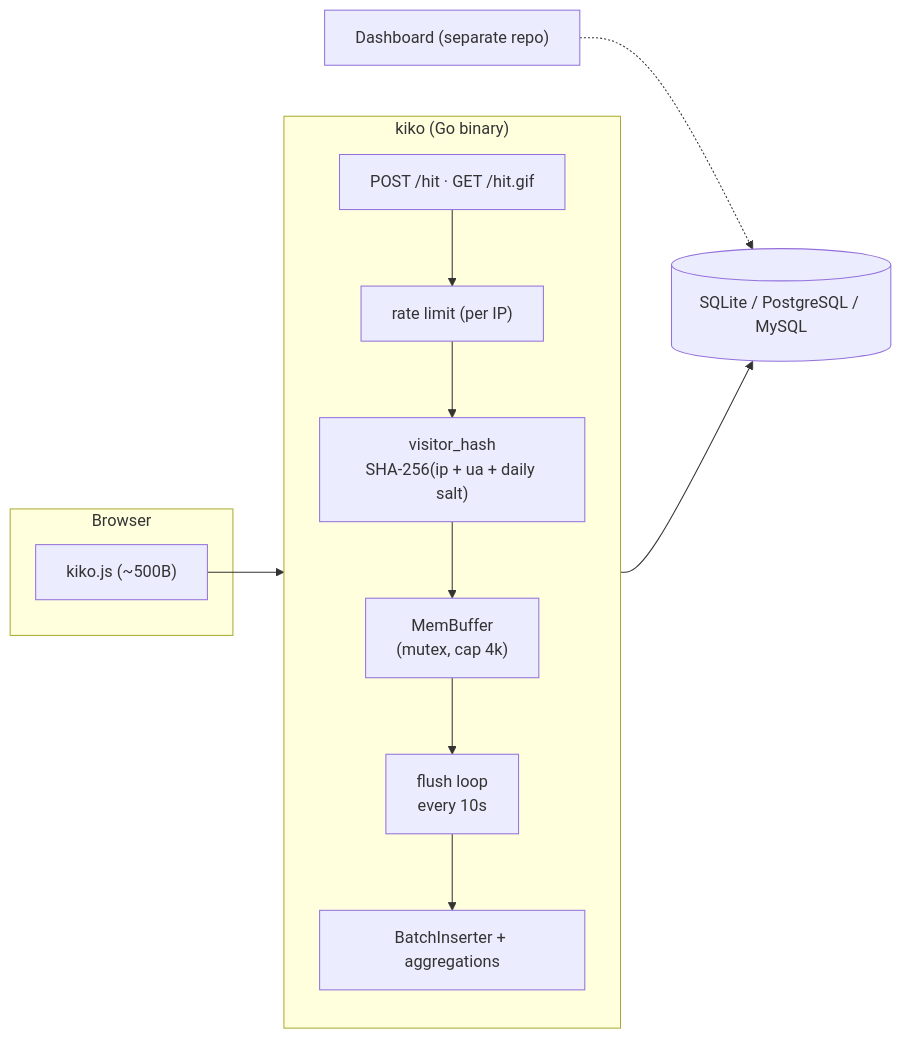
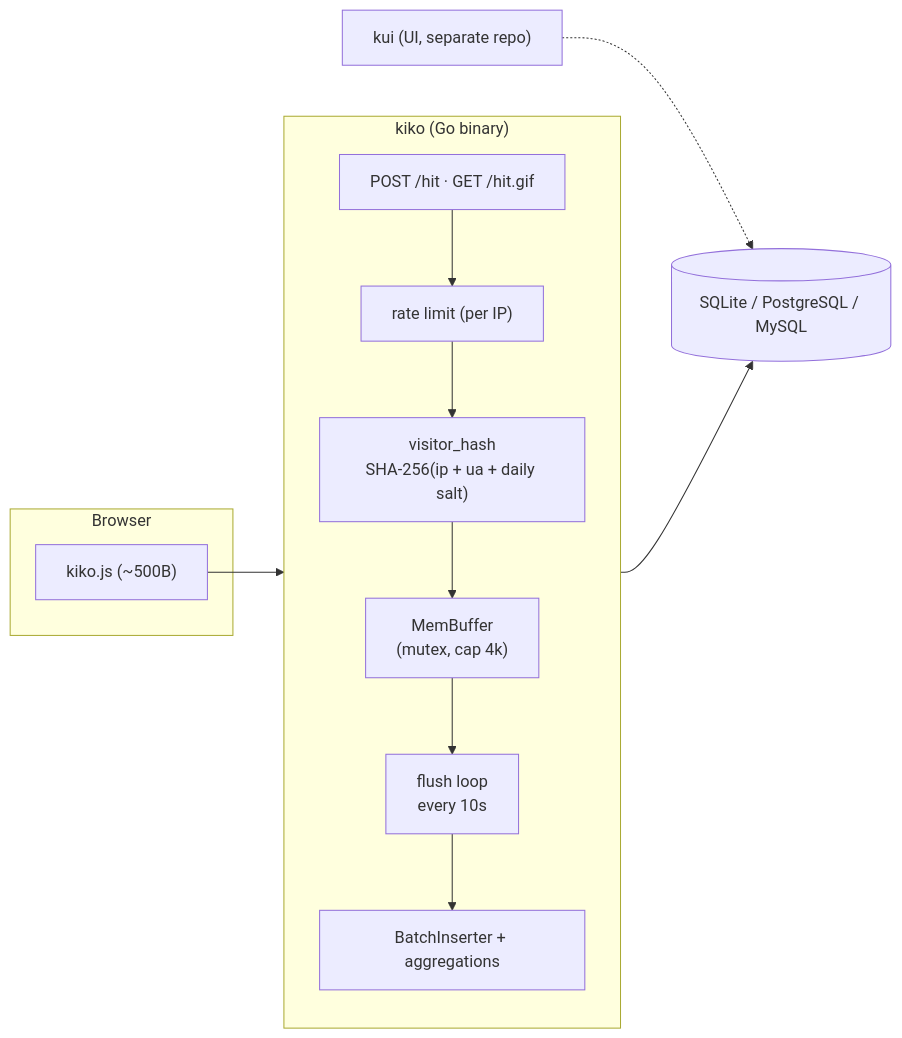
The diagram in README.md (hrodrig/kiko), drawn with Mermaid before and after one commit. The commit also changed other lines of this file and 3 other files, not shown here.

````diff
--- a/README.md
+++ b/README.md
@@ -96,22 +120,22 @@
 ```mermaid
 flowchart LR
     subgraph browser["Browser"]
         JS["kiko.js (~500B)"]
     end
 
     subgraph kiko["kiko (Go binary)"]
         direction TB
         IN["POST /hit · GET /hit.gif"]
         RL["rate limit (per IP)"]
         HASH["visitor_hash<br/>SHA-256(ip + ua + daily salt)"]
         BUF["MemBuffer<br/>(mutex, cap 4k)"]
         FLUSH["flush loop<br/>every 10s"]
         INSERT["BatchInserter + aggregations"]
 
         IN --> RL --> HASH --> BUF --> FLUSH --> INSERT
     end
 
     JS --> IN
     INSERT --> DB[("SQLite / PostgreSQL / MySQL")]
-    DASH["Dashboard (separate repo)"] -.-> DB
+    DASH["kui (UI, separate repo)"] -.-> DB
 ```
````
